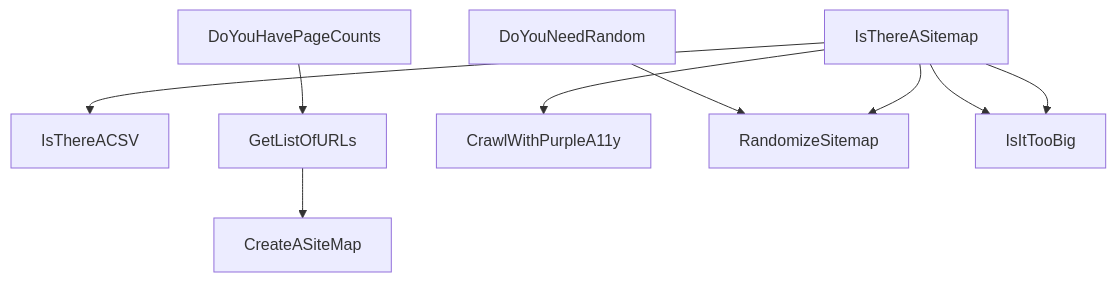
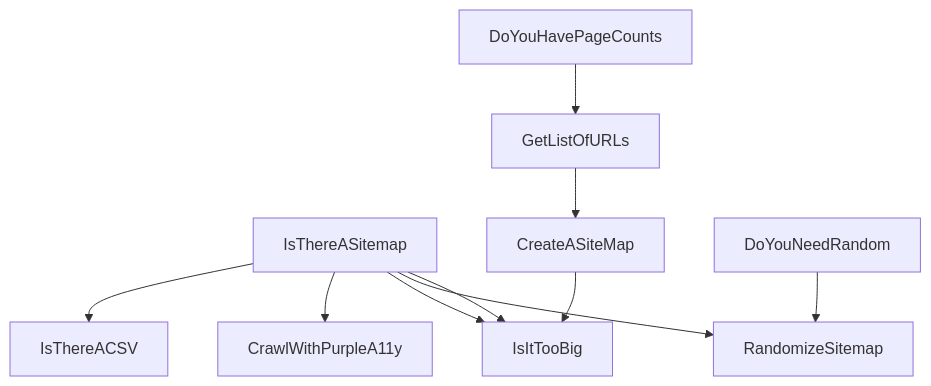
One commit to mgifford/purple-a11y changed the diagram in sitemap-tools/decision-tree.md. Above: the diagram before and after it, drawn with Mermaid.

````diff
--- a/sitemap-tools/decision-tree.md
+++ b/sitemap-tools/decision-tree.md
@@ -3,12 +3,13 @@
 ```mermaid
 graph TD;
     IsThereASitemap-->IsThereACSV;
     DoYouHavePageCounts-->GetListOfURLs;
     GetListOfURLs-->CreateASiteMap;
     IsThereASitemap-->CrawlWithPurpleA11y;
     DoYouNeedRandom-->RandomizeSitemap;
     IsThereASitemap-->IsItTooBig;
     IsThereASitemap-->RandomizeSitemap;
     IsThereASitemap-->IsItTooBig;
+    CreateASiteMap-->IsItTooBig;
 
 ```
````
